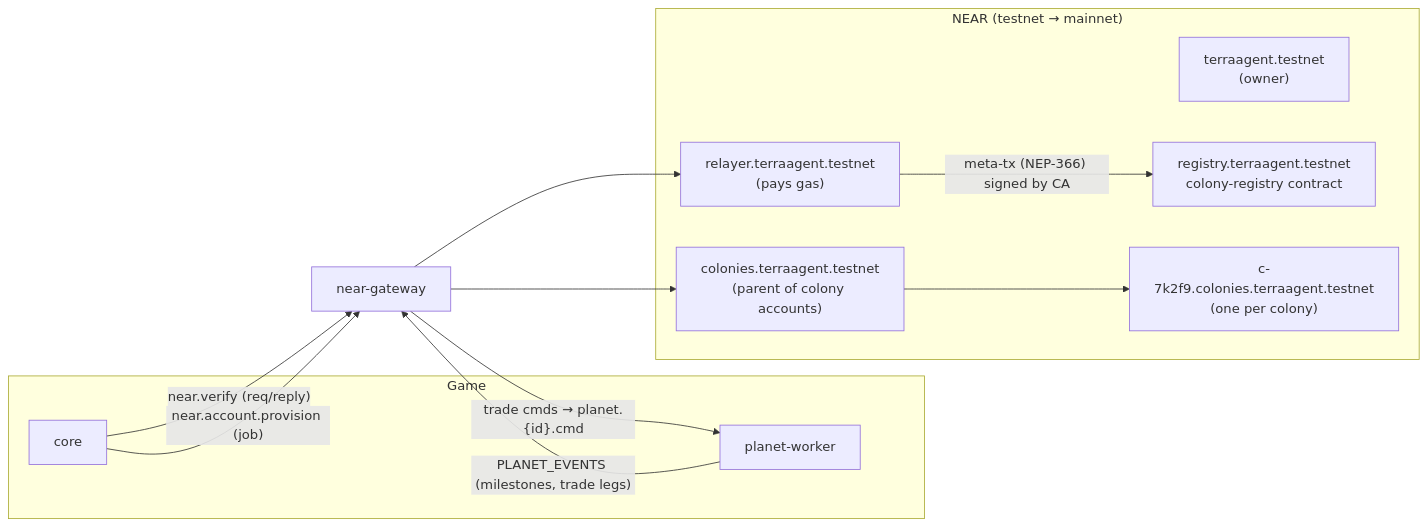
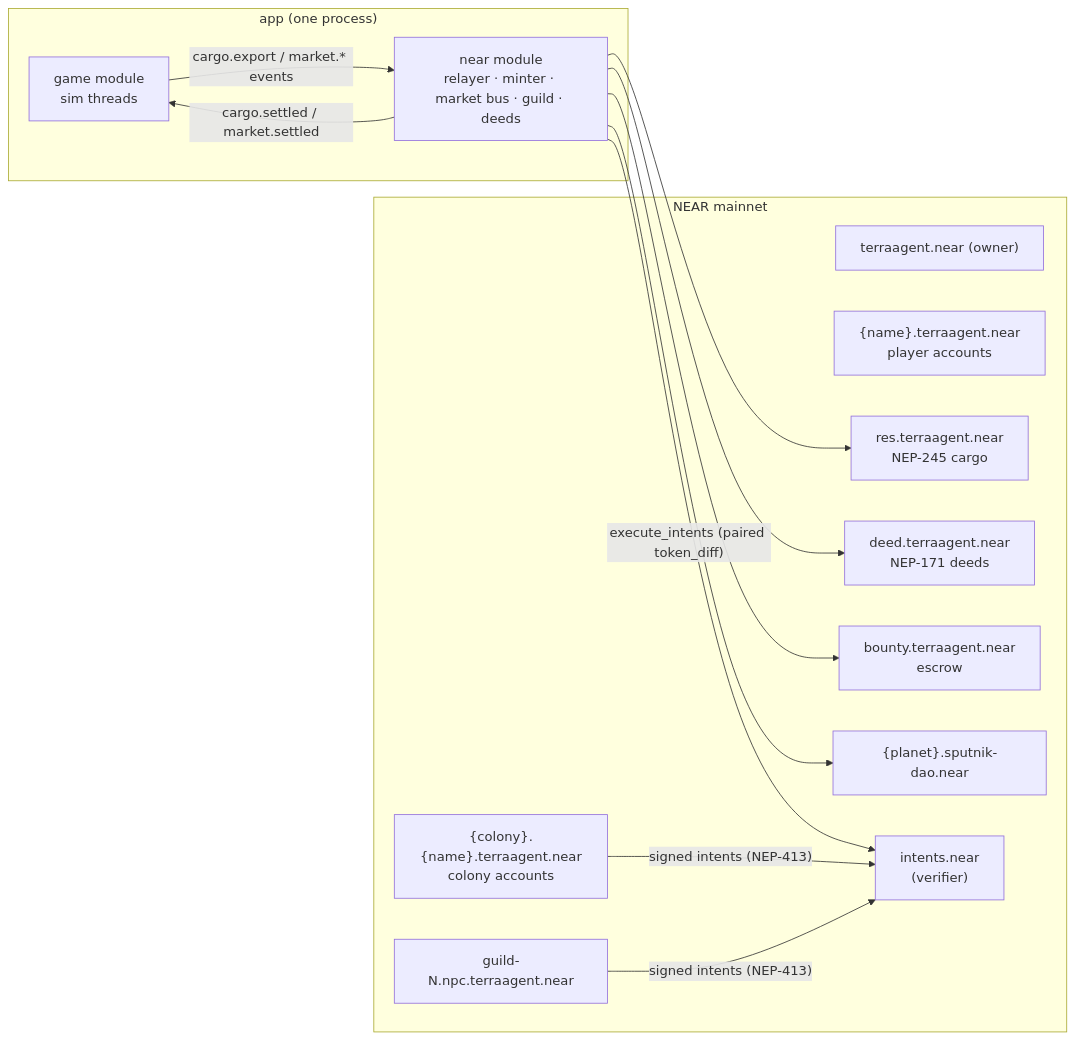
One commit to recferret-bit/terraagent changed the first of 2 diagrams in docs/spec/NEAR.md. Above: the diagram before and after it, drawn with Mermaid. The commit also changed other lines of this file and 63 other files, not shown here.

````diff
--- a/docs/spec/NEAR.md
+++ b/docs/spec/NEAR.md
@@ -16,22 +18,23 @@
 ```mermaid
 flowchart LR
-  subgraph Game
-    CORE[core]
-    W[planet-worker]
+  subgraph App["app (one process)"]
+    GAME[game module<br/>sim threads]
+    NEARM[near module<br/>relayer · minter · market bus · guild · deeds]
   end
-  GW[near-gateway]
-  subgraph NEAR["NEAR (testnet → mainnet)"]
-    ROOT["terraagent.testnet<br/>(owner)"]
-    COL["colonies.terraagent.testnet<br/>(parent of colony accounts)"]
-    REL["relayer.terraagent.testnet<br/>(pays gas)"]
-    REG["registry.terraagent.testnet<br/>colony-registry contract"]
-    CA["c-7k2f9.colonies.terraagent.testnet<br/>(one per colony)"]
+  subgraph NEAR["NEAR mainnet"]
+    ROOT["terraagent.near (owner)"]
+    PL["{name}.terraagent.near<br/>player accounts"]
+    COL["{colony}.{name}.terraagent.near<br/>colony accounts"]
+    RES["res.terraagent.near<br/>NEP-245 cargo"]
+    DEED["deed.terraagent.near<br/>NEP-171 deeds"]
+    NPC["guild-N.npc.terraagent.near"]
+    ESC["bounty.terraagent.near<br/>escrow"]
+    DAO["{planet}.sputnik-dao.near"]
+    INT["intents.near<br/>(verifier)"]
   end
-  CORE -- "near.verify (req/reply)" --> GW
-  CORE -- "near.account.provision (job)" --> GW
-  W -- "PLANET_EVENTS (milestones, trade legs)" --> GW
-  GW -- "trade cmds → planet.{id}.cmd" --> W
-  GW --> COL --> CA
-  GW --> REL
-  REL -- "meta-tx (NEP-366) signed by CA" --> REG
+  GAME -- "cargo.export / market.* events" --> NEARM
+  NEARM -- "cargo.settled / market.settled" --> GAME
+  NEARM --> RES & DEED & ESC & DAO
+  NEARM -- "execute_intents (paired token_diff)" --> INT
+  COL & NPC -- "signed intents (NEP-413)" --> INT
 ```
````
